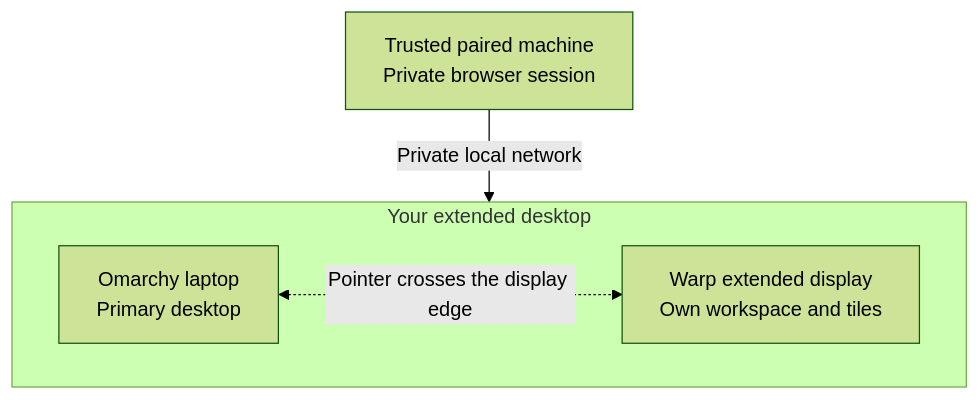
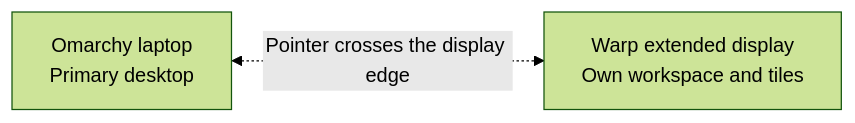
The diagram in README.md (CG-8663/omarchy-warp), drawn with Mermaid (forest theme) before and after one commit. The commit also changed other lines of this file, not shown here.

````diff
--- a/README.md
+++ b/README.md
@@ -30,11 +51,6 @@
 ```mermaid
-flowchart TB
-    subgraph D[Your extended desktop]
-        direction LR
-        A[Omarchy laptop
+flowchart LR
+    A[Omarchy laptop
 Primary desktop] <-. Pointer crosses the display edge .-> C[Warp extended display
 Own workspace and tiles]
-    end
-    B[Trusted paired machine
-Private browser session] -->|Private local network| C
 ```
````
